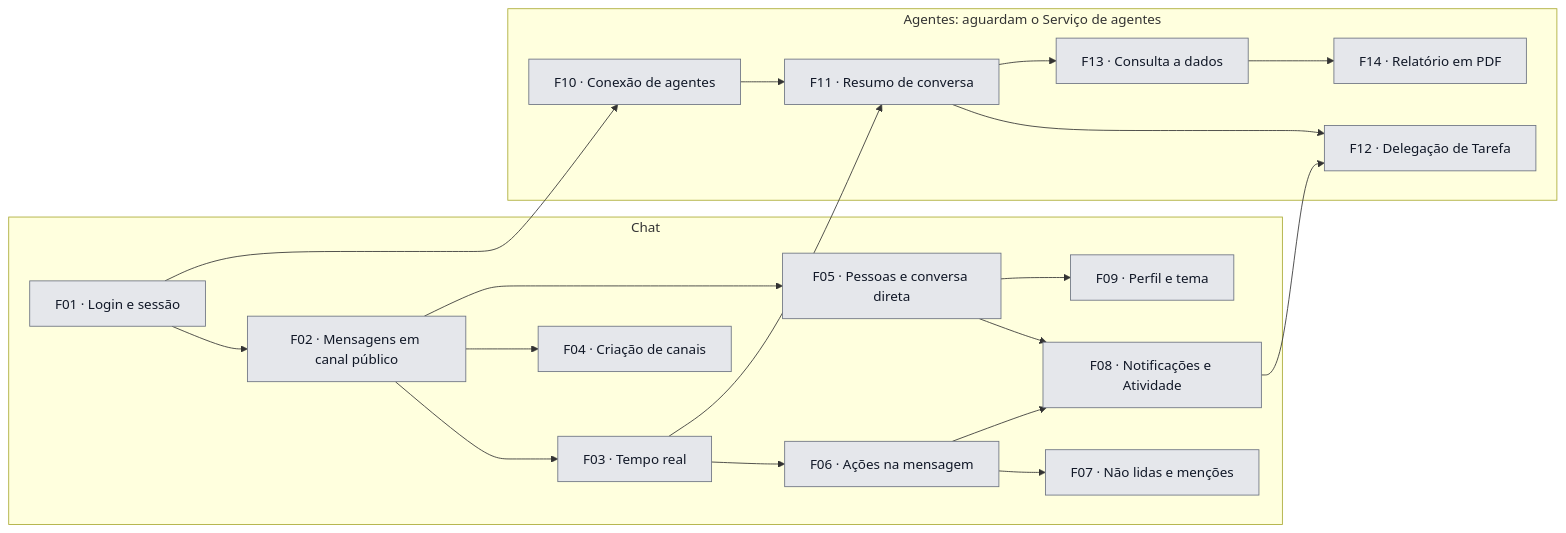
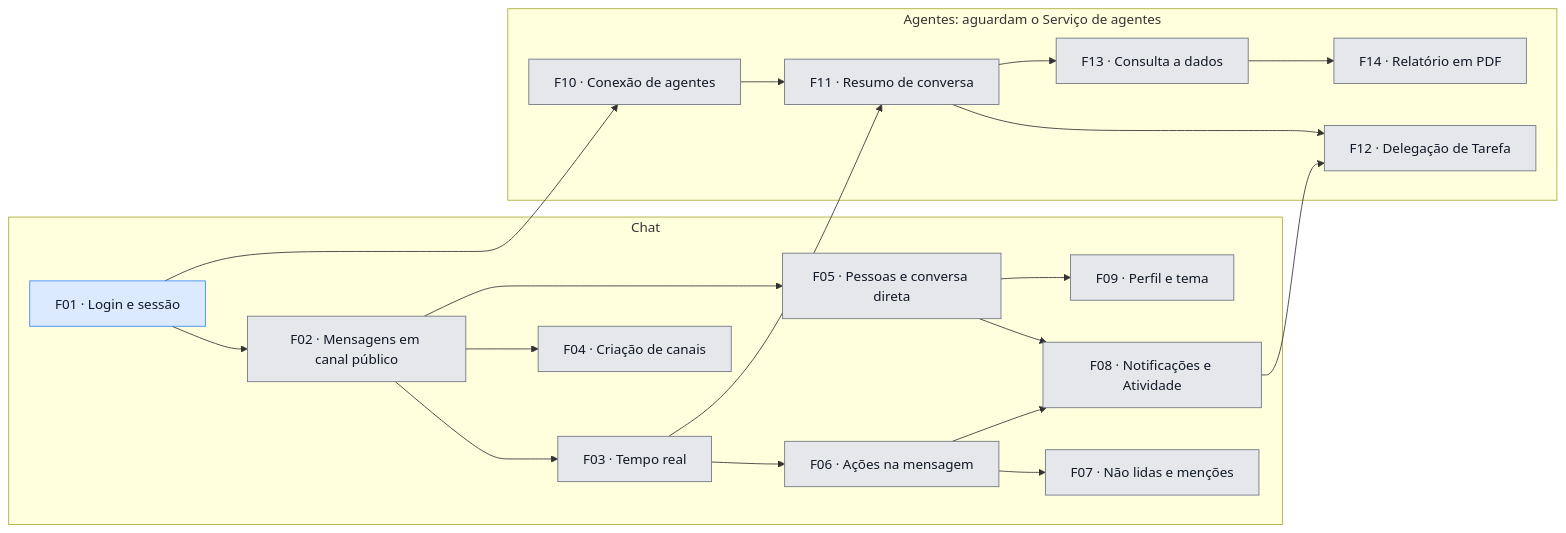
One commit to 1978bruno/fulldev_SKILL-Agentes-e-MCP-para-vibe-code changed the diagram in docs/roadmap.md. Above: the diagram before and after it, drawn with Mermaid. The commit also changed other lines of this file and 1 other file, not shown here.

Commit message:
adicionando o PRD da F01 (login e sessão) e marcando-a como PRD pronto no roadmap
Define duração da sessão (30 dias renovada no uso), limite de tentativas,
o que "Sair" encerra e o destino depois de entrar, para destravar a spec.

````diff
--- a/docs/roadmap.md
+++ b/docs/roadmap.md
@@ -48,47 +48,48 @@
 ```mermaid
 flowchart LR
   subgraph chat ["Chat"]
     F01["F01 · Login e sessão"]
     F02["F02 · Mensagens em canal público"]
     F03["F03 · Tempo real"]
     F04["F04 · Criação de canais"]
     F05["F05 · Pessoas e conversa direta"]
     F06["F06 · Ações na mensagem"]
     F07["F07 · Não lidas e menções"]
     F08["F08 · Notificações e Atividade"]
     F09["F09 · Perfil e tema"]
   end
 
   subgraph agentes ["Agentes: aguardam o Serviço de agentes"]
     F10["F10 · Conexão de agentes"]
     F11["F11 · Resumo de conversa"]
     F12["F12 · Delegação de Tarefa"]
     F13["F13 · Consulta a dados"]
     F14["F14 · Relatório em PDF"]
   end
 
   F01 --> F02
   F02 --> F03
   F02 --> F04
   F02 --> F05
   F03 --> F06
   F06 --> F07
   F05 --> F08
   F06 --> F08
   F05 --> F09
   F01 --> F10
   F03 --> F11
   F10 --> F11
   F08 --> F12
   F11 --> F12
   F11 --> F13
   F13 --> F14
 
   classDef planejada fill:#e5e7eb,stroke:#6b7280,color:#111827
   classDef prdPronto fill:#dbeafe,stroke:#3b82f6,color:#111827
   classDef specPronta fill:#bfdbfe,stroke:#1d4ed8,color:#111827
   classDef emAndamento fill:#fef3c7,stroke:#d97706,color:#111827
   classDef concluida fill:#d1fae5,stroke:#059669,color:#111827
 
-  class F01,F02,F03,F04,F05,F06,F07,F08,F09,F10,F11,F12,F13,F14 planejada
+  class F01 prdPronto
+  class F02,F03,F04,F05,F06,F07,F08,F09,F10,F11,F12,F13,F14 planejada
 ```
````
